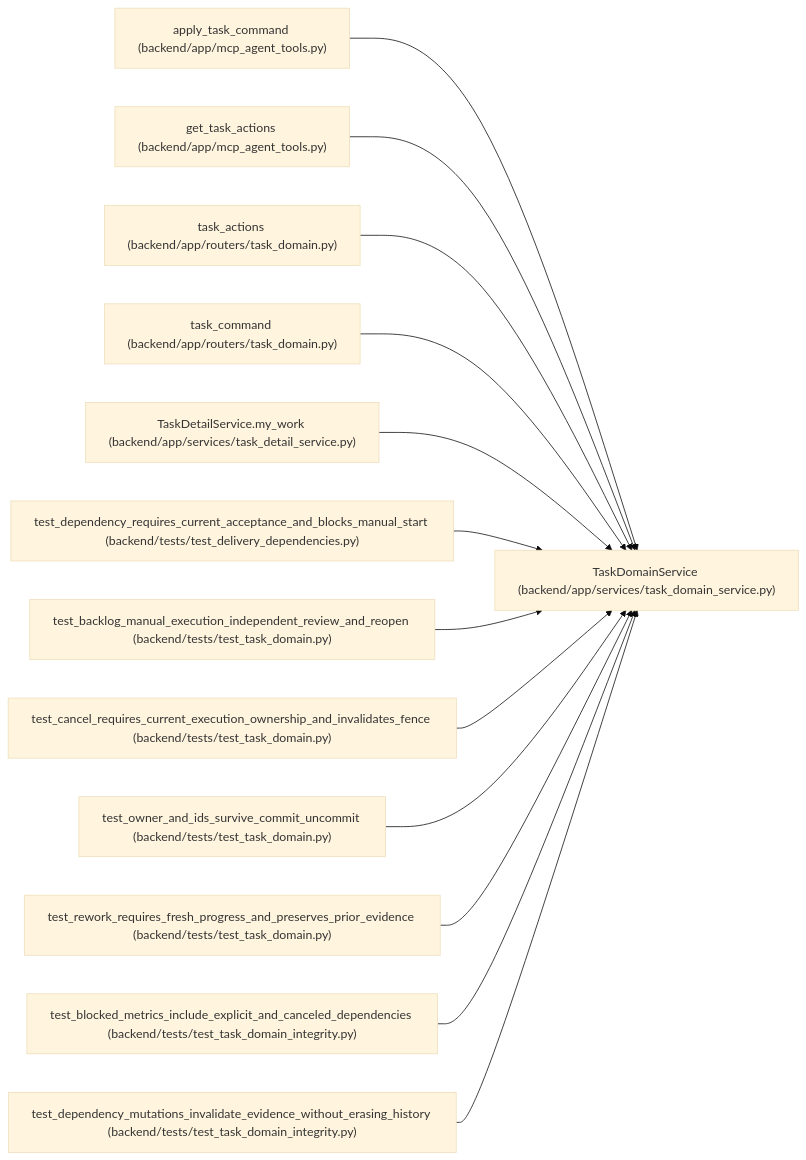
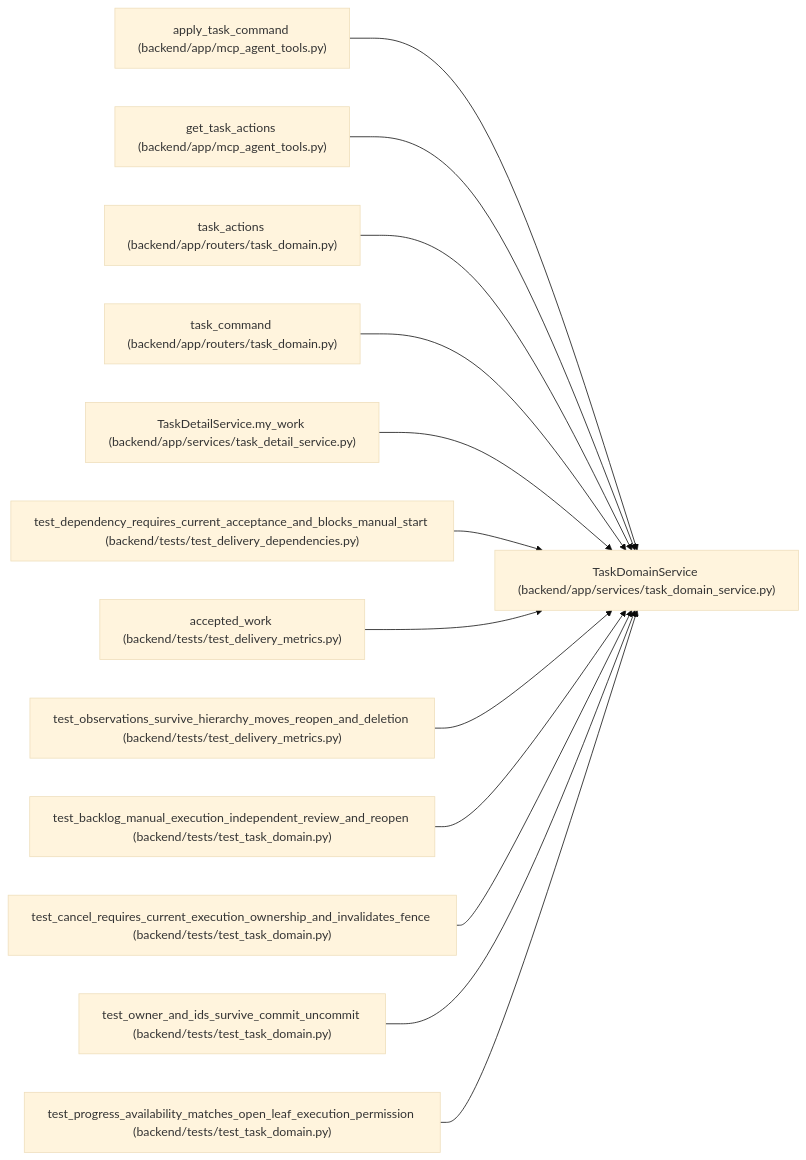
The diagram in docs/llm_wiki/entities/TaskDomainService.md (Denissvgn/WorkChord), drawn with Mermaid (base theme) before and after one commit. The commit also changed other lines of this file and 6624 other files, not shown here.

First line of the commit message:
Add verified Android workflows and external-agent execution evidence (#8)

````diff
--- a/docs/llm_wiki/entities/TaskDomainService.md
+++ b/docs/llm_wiki/entities/TaskDomainService.md
@@ -31,41 +31,41 @@
 ```mermaid
 flowchart LR
     n0["TaskDomainService (backend/app/services/task_domain_service.py)"]
     n1["apply_task_command (backend/app/mcp_agent_tools.py)"]
     n2["get_task_actions (backend/app/mcp_agent_tools.py)"]
     n3["task_actions (backend/app/routers/task_domain.py)"]
     n4["task_command (backend/app/routers/task_domain.py)"]
     n5["TaskDetailService.my_work (backend/app/services/task_detail_service.py)"]
     n6["test_dependency_requires_current_acceptance_and_blocks_manual_start (backend/tests/test_delivery_dependencies.py)"]
-    n7["test_backlog_manual_execution_independent_review_and_reopen (backend/tests/test_task_domain.py)"]
-    n8["test_cancel_requires_current_execution_ownership_and_invalidates_fence (backend/tests/test_task_domain.py)"]
-    n9["test_owner_and_ids_survive_commit_uncommit (backend/tests/test_task_domain.py)"]
-    n10["test_rework_requires_fresh_progress_and_preserves_prior_evidence (backend/tests/test_task_domain.py)"]
-    n11["test_blocked_metrics_include_explicit_and_canceled_dependencies (backend/tests/test_task_domain_integrity.py)"]
-    n12["test_dependency_mutations_invalidate_evidence_without_erasing_history (backend/tests/test_task_domain_integrity.py)"]
+    n7["accepted_work (backend/tests/test_delivery_metrics.py)"]
+    n8["test_observations_survive_hierarchy_moves_reopen_and_deletion (backend/tests/test_delivery_metrics.py)"]
+    n9["test_backlog_manual_execution_independent_review_and_reopen (backend/tests/test_task_domain.py)"]
+    n10["test_cancel_requires_current_execution_ownership_and_invalidates_fence (backend/tests/test_task_domain.py)"]
+    n11["test_owner_and_ids_survive_commit_uncommit (backend/tests/test_task_domain.py)"]
+    n12["test_progress_availability_matches_open_leaf_execution_permission (backend/tests/test_task_domain.py)"]
     n1 --> n0
     n2 --> n0
     n3 --> n0
     n4 --> n0
     n5 --> n0
     n6 --> n0
     n7 --> n0
     n8 --> n0
     n9 --> n0
     n10 --> n0
     n11 --> n0
     n12 --> n0
     click n0 "../modules/task_domain_service.md"
     click n1 "../modules/mcp_agent_tools.md"
     click n2 "../modules/mcp_agent_tools.md"
     click n3 "../modules/routers_task_domain.md"
     click n4 "../modules/routers_task_domain.md"
     click n5 "../modules/task_detail_service.md"
     click n6 "../modules/test_delivery_dependencies.md"
-    click n7 "../modules/test_task_domain.md"
-    click n8 "../modules/test_task_domain.md"
+    click n7 "../modules/test_delivery_metrics.md"
+    click n8 "../modules/test_delivery_metrics.md"
     click n9 "../modules/test_task_domain.md"
     click n10 "../modules/test_task_domain.md"
-    click n11 "../modules/test_task_domain_integrity.md"
-    click n12 "../modules/test_task_domain_integrity.md"
+    click n11 "../modules/test_task_domain.md"
+    click n12 "../modules/test_task_domain.md"
 ```
````
